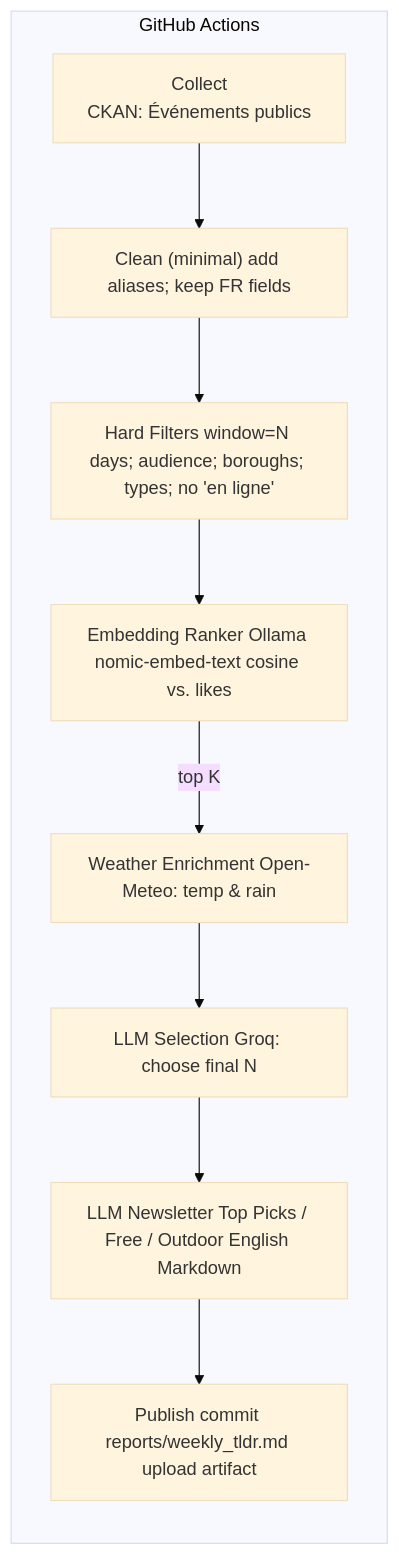
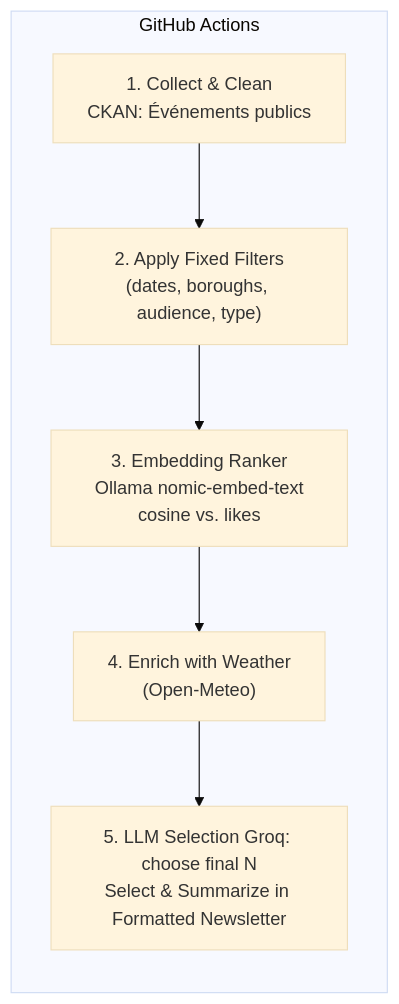
The diagram in flowchart.md (vin1652/montreal-events-auditor), drawn with Mermaid (base theme) before and after one commit.

Commit message:
Revise flowchart steps and improve formatting

````diff
--- a/flowchart.md
+++ b/flowchart.md
@@ -1,22 +1,15 @@
-```mermaid
+``` mermaid
 flowchart LR
-    A["Collect\n CKAN: Événements publics"] --> B["Clean (minimal) add aliases; keep FR fields"]
-
-    B --> C["Hard Filters window=N days; audience; boroughs; types; no 'en ligne'"]
-    C --> D["Embedding Ranker Ollama nomic-embed-text cosine vs. likes"]
-    D -->|top K| E["Weather Enrichment Open-Meteo: temp & rain"]
-    E --> F["LLM Selection Groq: choose final N"]
-    F --> G["LLM Newsletter Top Picks / Free / Outdoor English Markdown"]
-    G --> H["Publish commit reports/weekly_tldr.md upload artifact"]
+    A["1. Collect & Clean<br/> CKAN: Événements publics"] --> B["2. Apply Fixed Filters<br/>(dates, boroughs, audience, type)"]
+    B --> C["3. Embedding Ranker<br/> Ollama nomic-embed-text cosine vs. likes"]
+    C --> D["4. Enrich with Weather<br/>(Open-Meteo)"]
+    D --> E["5. LLM Selection Groq: choose final N<br/>Select & Summarize in Formatted Newsletter"]
 
     subgraph "GitHub Actions"
       A
       B
       C
       D
       E
-      F
-      G
-      H
     end
 ```
````
